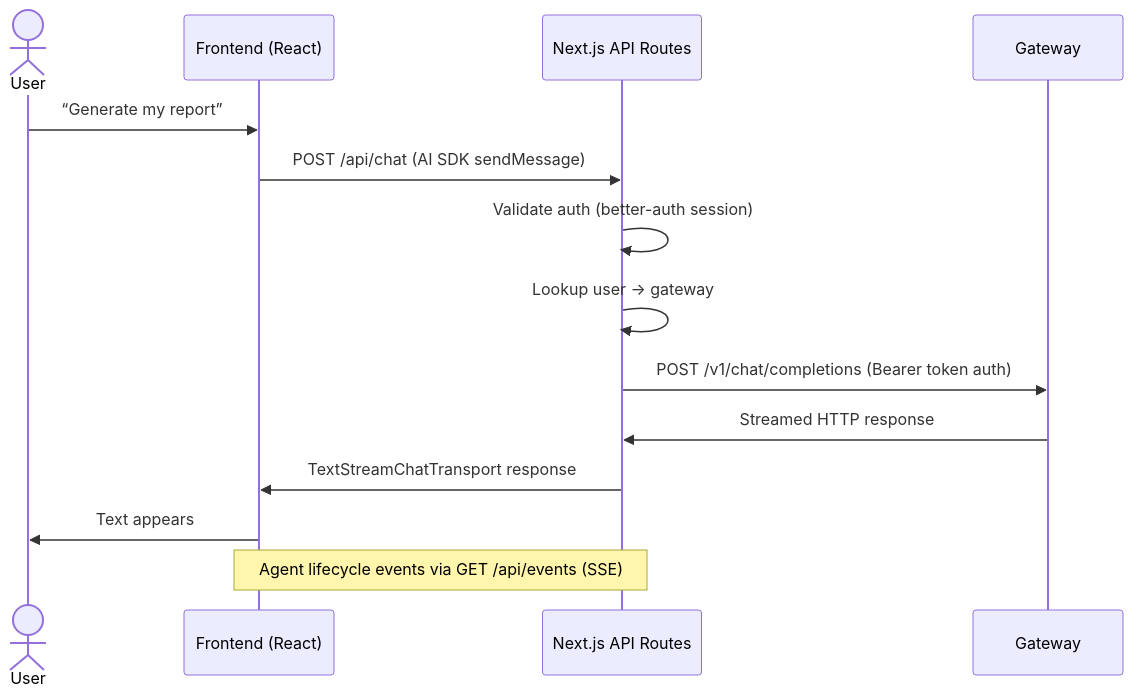
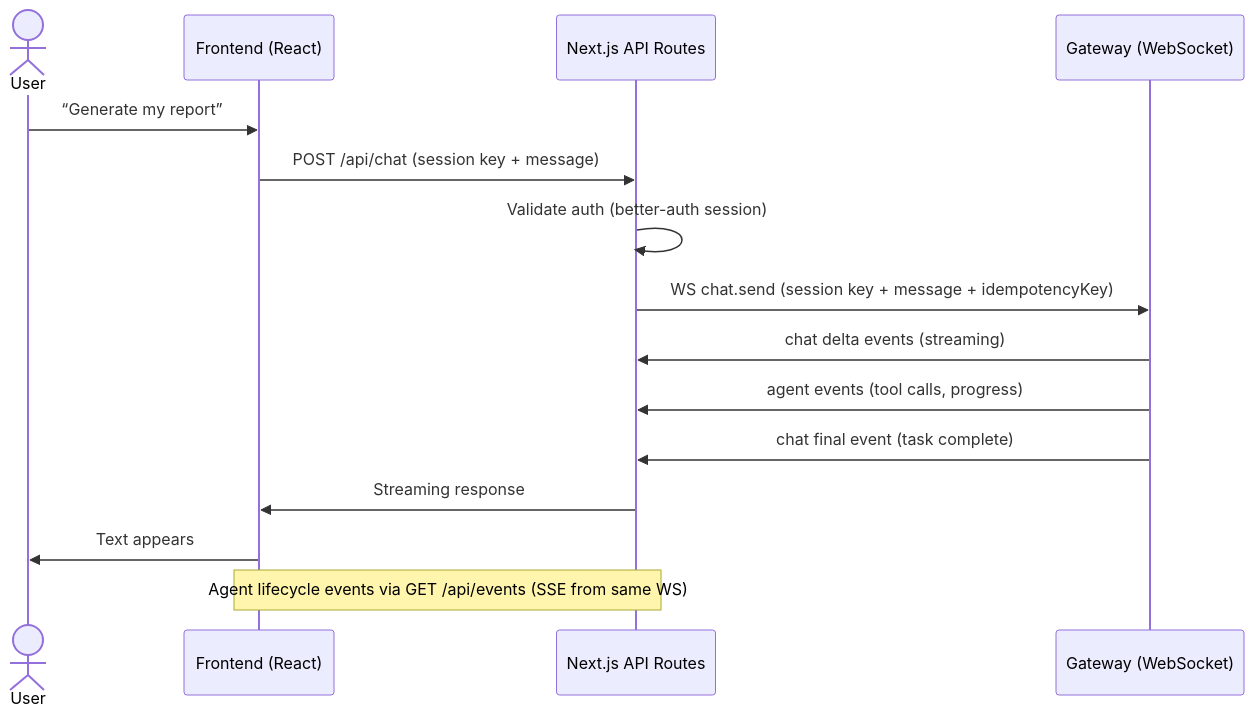
The third of 5 diagrams in plan/02-gateway.md (1qh/claw), drawn with Mermaid before and after one commit. The commit also changed other lines of this file and 17 other files, not shown here.

````diff
--- a/plan/02-gateway.md
+++ b/plan/02-gateway.md
@@ -114,19 +117,20 @@
 ```mermaid
 sequenceDiagram
     actor User
     participant FE as Frontend (React)
     participant API as Next.js API Routes
-    participant GW as Gateway
+    participant GW as Gateway (WebSocket)
 
     User->>FE: “Generate my report”
-    FE->>API: POST /api/chat (AI SDK sendMessage)
+    FE->>API: POST /api/chat (session key + message)
     API->>API: Validate auth (better-auth session)
-    API->>API: Lookup user → gateway
-    API->>GW: POST /v1/chat/completions (Bearer token auth)
+    API->>GW: WS chat.send (session key + message + idempotencyKey)
 
-    GW->>API: Streamed HTTP response
-    API->>FE: TextStreamChatTransport response
+    GW->>API: chat delta events (streaming)
+    GW->>API: agent events (tool calls, progress)
+    GW->>API: chat final event (task complete)
+    API->>FE: Streaming response
     FE->>User: Text appears
 
-    Note over FE,API: Agent lifecycle events via GET /api/events (SSE)
+    Note over FE,API: Agent lifecycle events via GET /api/events (SSE from same WS)
 ```
````
